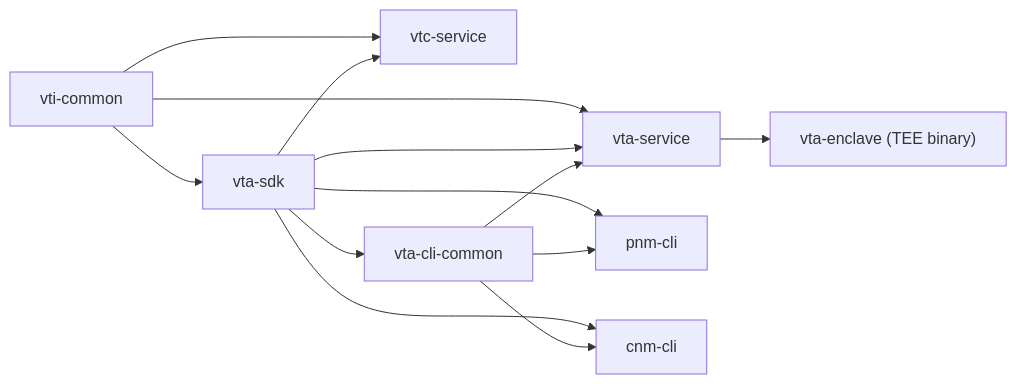
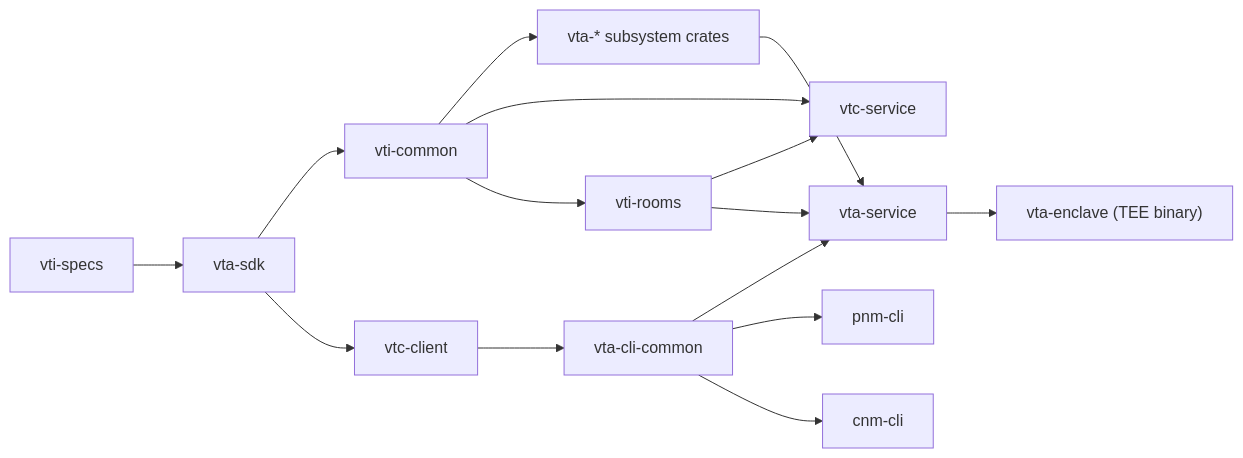
Before and after one commit to OpenVTC/verifiable-trust-infrastructure: the second of 2 diagrams in README.md, drawn with Mermaid. The commit also changed other lines of this file and 9 other files, not shown here.

````diff
--- a/README.md
+++ b/README.md
@@ -63,15 +66,17 @@
 ```mermaid
 graph LR
-    vti-common --> vta-sdk
-    vti-common --> vta-service
+    vti-specs --> vta-sdk
+    vta-sdk --> vti-common
+    vti-common --> vta-subsystems["vta-* subsystem crates"]
+    vta-subsystems --> vta-service
+    vta-sdk --> vtc-client
+    vtc-client --> vta-cli-common
     vti-common --> vtc-service
-    vta-sdk --> vta-cli-common
-    vta-sdk --> vta-service
-    vta-sdk --> vtc-service
-    vta-sdk --> pnm-cli
-    vta-sdk --> cnm-cli
+    vti-common --> vti-rooms
+    vti-rooms --> vtc-service
+    vti-rooms --> vta-service
     vta-cli-common --> vta-service
     vta-cli-common --> pnm-cli
     vta-cli-common --> cnm-cli
     vta-service --> vta-enclave["vta-enclave (TEE binary)"]
 ```
````
